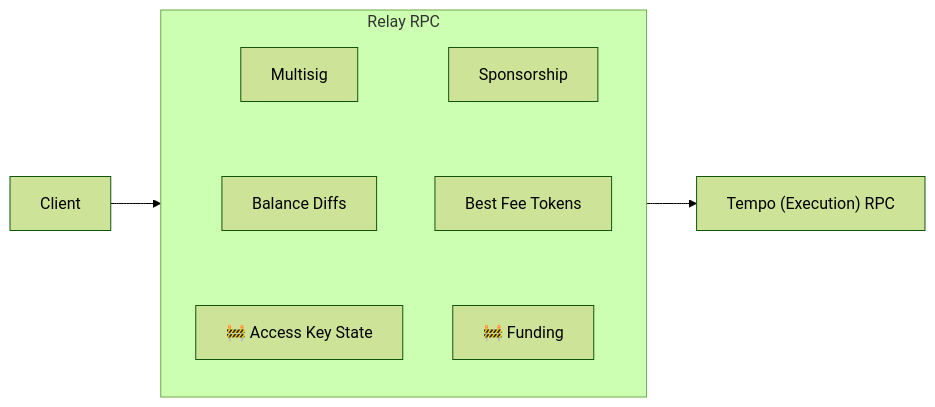
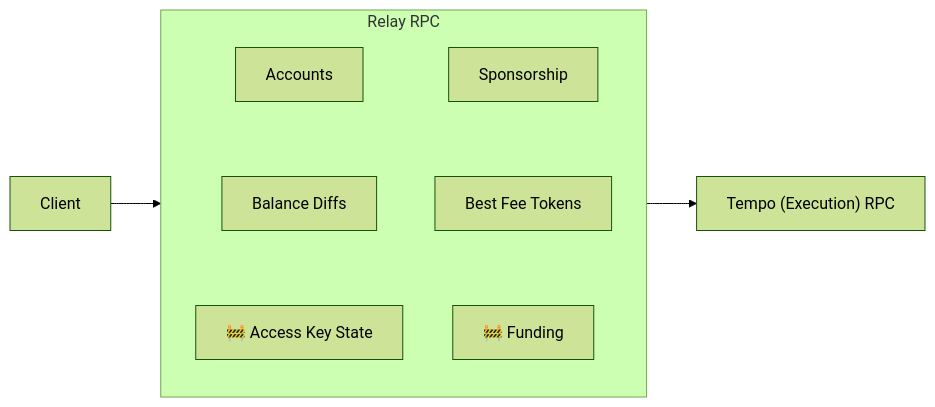
Before and after one commit to wevm/viem: the diagram in site/pages/tempo/guides/relay/index.mdx, drawn with Mermaid (forest theme). The commit also changed other lines of this file and 82 other files, not shown here.

First line of the commit message:
feat(tempo)!: rename multisig accounts to configurable accounts

````diff
--- a/site/pages/tempo/guides/relay/index.mdx
+++ b/site/pages/tempo/guides/relay/index.mdx
@@ -15,16 +15,16 @@
 ```mermaid
 flowchart LR
   client[Client] --> relay
   subgraph relay[Relay RPC]
     direction TB
-    multisig[Multisig]
+    accounts[Accounts]
     feePayer[Sponsorship]
     feeToken[Best Fee Tokens]
     simulate[Balance Diffs]
     funding["🚧 Funding"]
     accessKeyState["🚧 Access Key State"]
-    multisig ~~~ simulate ~~~ accessKeyState
+    accounts ~~~ simulate ~~~ accessKeyState
     feePayer ~~~ feeToken ~~~ funding
   end
   relay --> rpc["Tempo (Execution) RPC"]
 ```
````
